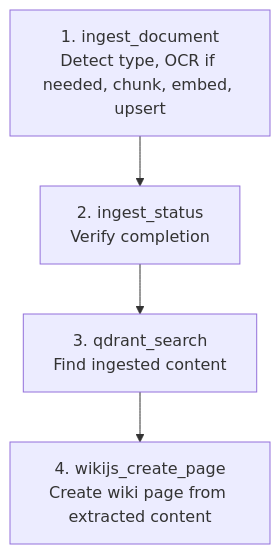
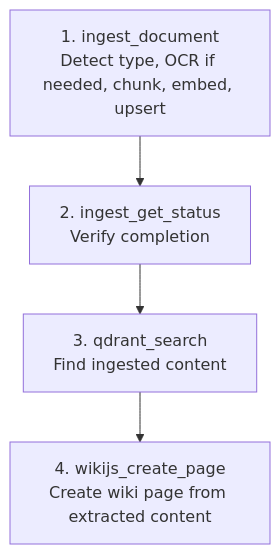
The third of 9 diagrams in doc_v3/guides/llm-wiki-workflows.md (Michelangelo-Pinto/pinto-llm-wiki), drawn with Mermaid before and after one commit. The commit also changed other lines of this file and 19 other files, not shown here.

````diff
--- a/doc_v3/guides/llm-wiki-workflows.md
+++ b/doc_v3/guides/llm-wiki-workflows.md
@@ -64,9 +64,9 @@
 ```mermaid
 flowchart TD
     Ingest["1. ingest_document\nDetect type, OCR if needed, chunk, embed, upsert"]
-    Status["2. ingest_status\nVerify completion"]
+    Status["2. ingest_get_status\nVerify completion"]
     Search["3. qdrant_search\nFind ingested content"]
     WikiLink["4. wikijs_create_page\nCreate wiki page from extracted content"]
 
     Ingest --> Status --> Search --> WikiLink
 ```
````
